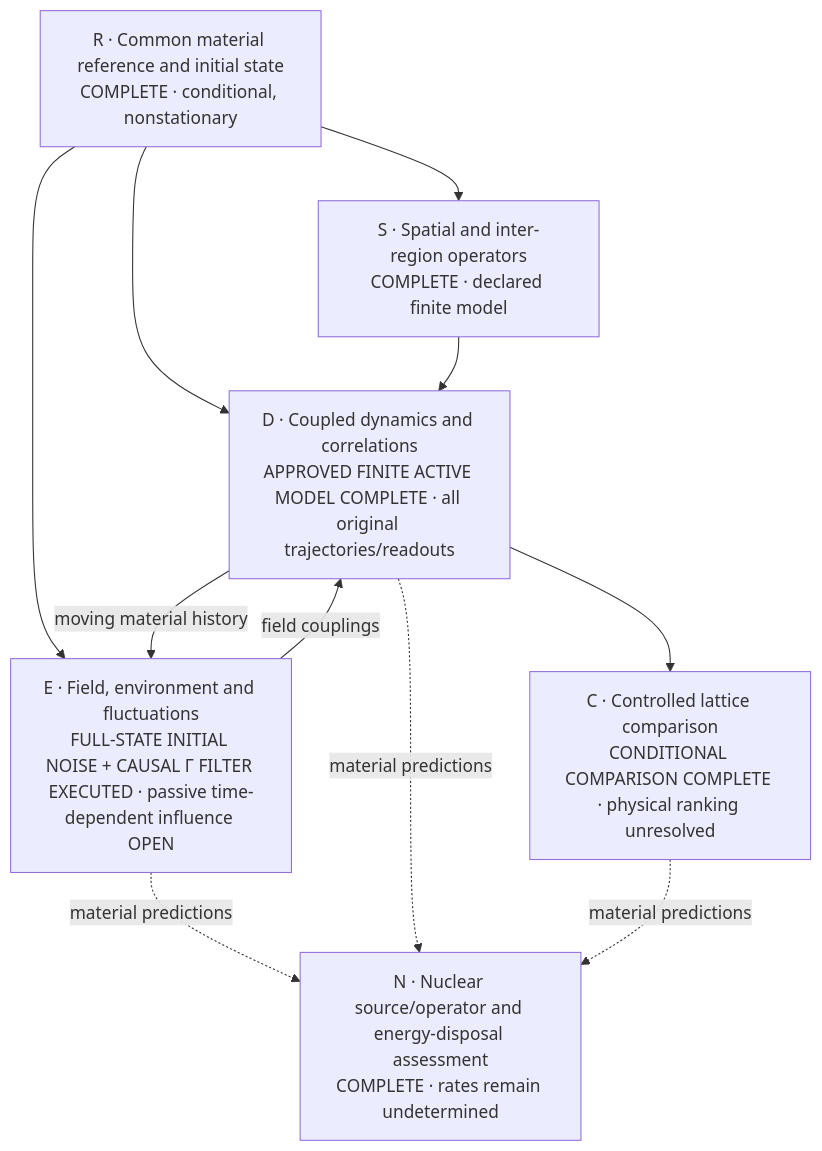
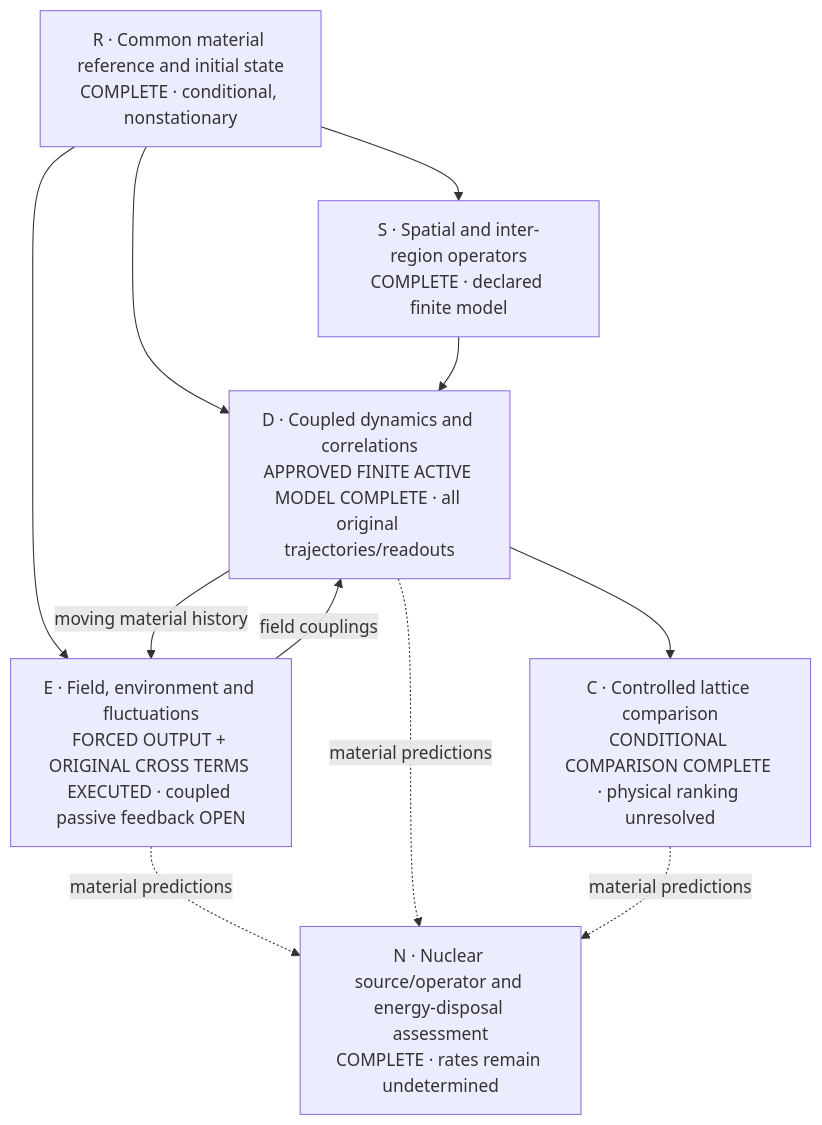
One commit to vantasnerdan/substrate-framework changed the first of 2 diagrams in proposals/P254-ni-collective-response/SOLUTION.md. Above: the diagram before and after it, drawn with Mermaid. The commit also changed other lines of this file and 38 other files, not shown here.

Commit message:
Compute original-state finite-bath forcing and homogeneous-output cross terms

````diff
--- a/proposals/P254-ni-collective-response/SOLUTION.md
+++ b/proposals/P254-ni-collective-response/SOLUTION.md
@@ -18,19 +18,19 @@
 ```mermaid
 flowchart TD
     R["R · Common material reference and initial state\nCOMPLETE · conditional, nonstationary"]
     S["S · Spatial and inter-region operators\nCOMPLETE · declared finite model"]
-    E["E · Field, environment and fluctuations\nFULL-STATE INITIAL NOISE + CAUSAL Γ FILTER EXECUTED · passive time-dependent influence OPEN"]
+    E["E · Field, environment and fluctuations\nFORCED OUTPUT + ORIGINAL CROSS TERMS EXECUTED · coupled passive feedback OPEN"]
     D["D · Coupled dynamics and correlations\nAPPROVED FINITE ACTIVE MODEL COMPLETE · all original trajectories/readouts"]
     C["C · Controlled lattice comparison\nCONDITIONAL COMPARISON COMPLETE · physical ranking unresolved"]
     N["N · Nuclear source/operator and energy-disposal assessment\nCOMPLETE · rates remain undetermined"]
     R --> S
     R --> E
     R --> D
     S --> D
     E -- "field couplings" --> D
     D -- "moving material history" --> E
     D --> C
     E -. "material predictions" .-> N
     D -. "material predictions" .-> N
     C -. "material predictions" .-> N
 ```
````
